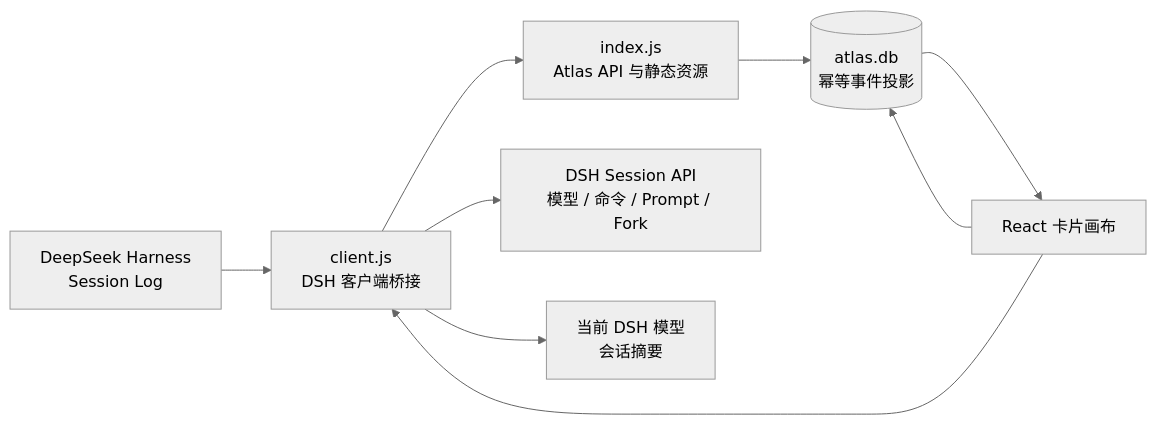
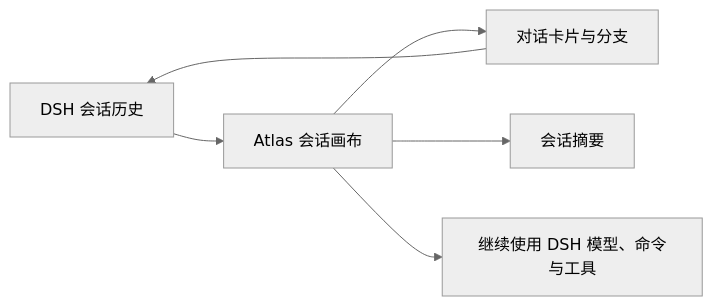
One commit to sumarilkkxx/dsh-atlas changed the diagram in README.md. Above: the diagram before and after it, drawn with Mermaid (neutral theme). The commit also changed other lines of this file and 18 other files, not shown here.

````diff
--- a/README.md
+++ b/README.md
@@ -60,11 +60,8 @@
 ```mermaid
 flowchart LR
-    DSH[DeepSeek Harness<br/>Session Log] --> Bridge[client.js<br/>DSH 客户端桥接]
-    Bridge --> API[index.js<br/>Atlas API 与静态资源]
-    API --> Store[(atlas.db<br/>幂等事件投影)]
-    Store --> UI[React 卡片画布]
-    UI --> Bridge
-    Bridge --> Native[DSH Session API<br/>模型 / 命令 / Prompt / Fork]
-    Bridge --> LLM[当前 DSH 模型<br/>会话摘要]
-    UI --> Store
+    DSH[DSH 会话历史] --> Atlas[Atlas 会话画布]
+    Atlas --> Cards[对话卡片与分支]
+    Atlas --> Summary[会话摘要]
+    Atlas --> Native[继续使用 DSH 模型、命令与工具]
+    Cards --> DSH
 ```
````
